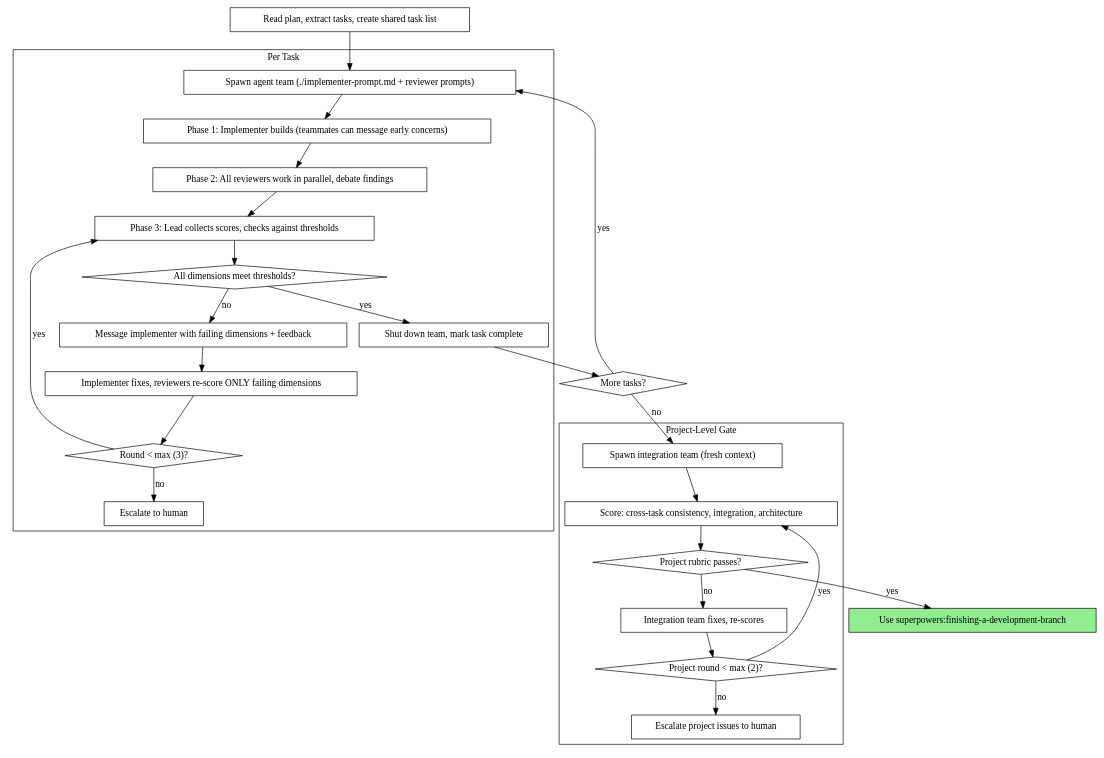
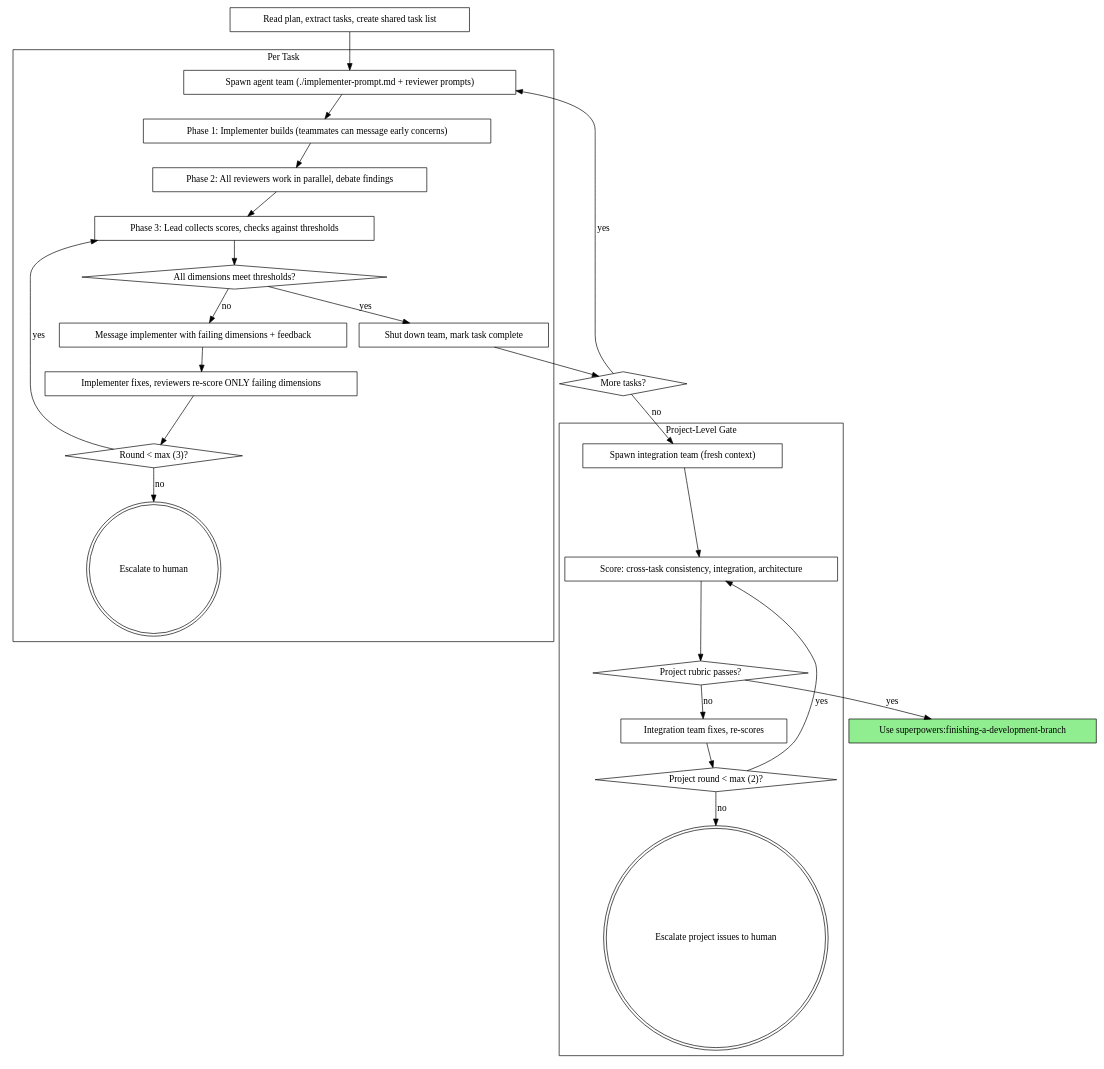
Before and after one commit to ggomaeng/superpowers: the second of 2 diagrams in skills/team-driven-development/SKILL.md, drawn with Graphviz. The commit also changed other lines of this file, not shown here.

````diff
--- a/skills/team-driven-development/SKILL.md
+++ b/skills/team-driven-development/SKILL.md
@@ -50,58 +50,58 @@
 ```dot
 digraph process {
     rankdir=TB;
 
     "Read plan, extract tasks, create shared task list" [shape=box];
 
     subgraph cluster_per_task {
         label="Per Task";
 
         "Spawn agent team (./implementer-prompt.md + reviewer prompts)" [shape=box];
         "Phase 1: Implementer builds (teammates can message early concerns)" [shape=box];
         "Phase 2: All reviewers work in parallel, debate findings" [shape=box];
         "Phase 3: Lead collects scores, checks against thresholds" [shape=box];
         "All dimensions meet thresholds?" [shape=diamond];
         "Message implementer with failing dimensions + feedback" [shape=box];
         "Implementer fixes, reviewers re-score ONLY failing dimensions" [shape=box];
         "Round < max (3)?" [shape=diamond];
-        "Escalate to human" [shape=box];
+        "Escalate to human" [shape=doublecircle];
         "Shut down team, mark task complete" [shape=box];
     }
 
     "More tasks?" [shape=diamond];
 
     subgraph cluster_project_gate {
         label="Project-Level Gate";
         "Spawn integration team (fresh context)" [shape=box];
         "Score: cross-task consistency, integration, architecture" [shape=box];
         "Project rubric passes?" [shape=diamond];
         "Integration team fixes, re-scores" [shape=box];
         "Project round < max (2)?" [shape=diamond];
-        "Escalate project issues to human" [shape=box];
+        "Escalate project issues to human" [shape=doublecircle];
     }
 
     "Use superpowers:finishing-a-development-branch" [shape=box style=filled fillcolor=lightgreen];
 
     "Read plan, extract tasks, create shared task list" -> "Spawn agent team (./implementer-prompt.md + reviewer prompts)";
     "Spawn agent team (./implementer-prompt.md + reviewer prompts)" -> "Phase 1: Implementer builds (teammates can message early concerns)";
     "Phase 1: Implementer builds (teammates can message early concerns)" -> "Phase 2: All reviewers work in parallel, debate findings";
     "Phase 2: All reviewers work in parallel, debate findings" -> "Phase 3: Lead collects scores, checks against thresholds";
     "Phase 3: Lead collects scores, checks against thresholds" -> "All dimensions meet thresholds?";
     "All dimensions meet thresholds?" -> "Shut down team, mark task complete" [label="yes"];
     "All dimensions meet thresholds?" -> "Message implementer with failing dimensions + feedback" [label="no"];
     "Message implementer with failing dimensions + feedback" -> "Implementer fixes, reviewers re-score ONLY failing dimensions";
     "Implementer fixes, reviewers re-score ONLY failing dimensions" -> "Round < max (3)?";
     "Round < max (3)?" -> "Phase 3: Lead collects scores, checks against thresholds" [label="yes"];
     "Round < max (3)?" -> "Escalate to human" [label="no"];
     "Shut down team, mark task complete" -> "More tasks?";
     "More tasks?" -> "Spawn agent team (./implementer-prompt.md + reviewer prompts)" [label="yes"];
     "More tasks?" -> "Spawn integration team (fresh context)" [label="no"];
     "Spawn integration team (fresh context)" -> "Score: cross-task consistency, integration, architecture";
     "Score: cross-task consistency, integration, architecture" -> "Project rubric passes?";
     "Project rubric passes?" -> "Use superpowers:finishing-a-development-branch" [label="yes"];
     "Project rubric passes?" -> "Integration team fixes, re-scores" [label="no"];
     "Integration team fixes, re-scores" -> "Project round < max (2)?";
     "Project round < max (2)?" -> "Score: cross-task consistency, integration, architecture" [label="yes"];
     "Project round < max (2)?" -> "Escalate project issues to human" [label="no"];
 }
 ```
````
